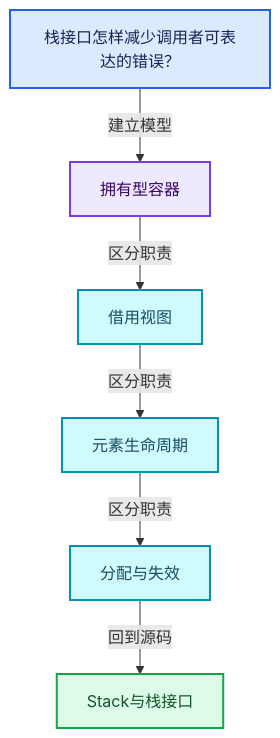
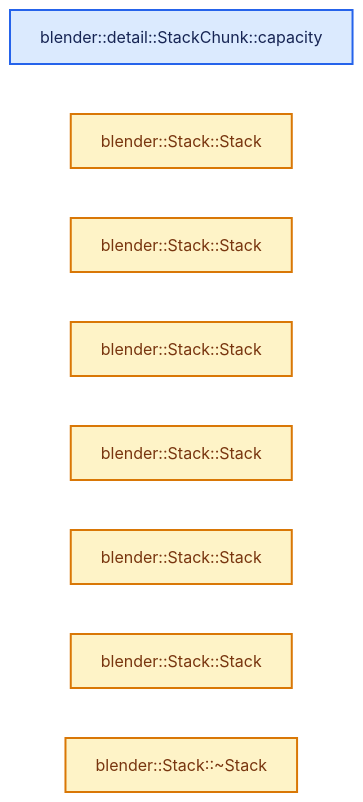
The second of 4 diagrams in 杂/markdown/全面学习-codex/01-基础容器与现代CPP/13-Stack与栈接口.md (yunkezengren/blender-.vscode), drawn with Mermaid before and after one commit. The commit also changed other lines of this file and 1930 other files, not shown here.

````diff
--- a/杂/markdown/全面学习-codex/01-基础容器与现代CPP/13-Stack与栈接口.md
+++ b/杂/markdown/全面学习-codex/01-基础容器与现代CPP/13-Stack与栈接口.md
@@ -60,20 +46,17 @@
 ```mermaid
-flowchart TB
-  Q["栈接口怎样减少调用者可表达的错误？"]:::input
-  C0["拥有型容器"]:::abstraction
-  C1["借用视图"]:::data
-  C2["元素生命周期"]:::data
-  C3["分配与失效"]:::data
-  R["Stack与栈接口"]:::result
-  Q -->|"建立模型"| C0
-  C0 -->|"区分职责"| C1
-  C1 -->|"区分职责"| C2
-  C2 -->|"区分职责"| C3
-  C3 -->|"回到源码"| R
+flowchart LR
+  F0["blender::detail::StackChunk::capacity"]:::input
+  F1["blender::Stack::Stack"]:::compute
+  F2["blender::Stack::Stack"]:::compute
+  F3["blender::Stack::Stack"]:::compute
+  F4["blender::Stack::Stack"]:::compute
+  F5["blender::Stack::Stack"]:::compute
+  F6["blender::Stack::Stack"]:::compute
+  F7["blender::Stack::~Stack"]:::compute
   classDef input fill:#DBEAFE,stroke:#2563EB,color:#172554,stroke-width:2px;
   classDef data fill:#CFFAFE,stroke:#0891B2,color:#164E63,stroke-width:2px;
   classDef abstraction fill:#EDE9FE,stroke:#7C3AED,color:#3B0764,stroke-width:2px;
   classDef compute fill:#FEF3C7,stroke:#D97706,color:#78350F,stroke-width:2px;
   classDef result fill:#DCFCE7,stroke:#16A34A,color:#14532D,stroke-width:2px;
   classDef error fill:#FEE2E2,stroke:#DC2626,color:#7F1D1D,stroke-width:2px;
 ```
````
